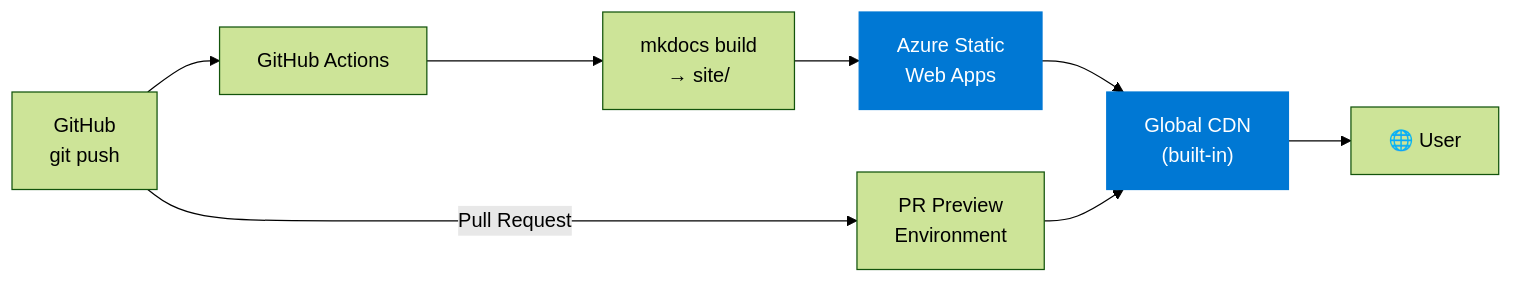
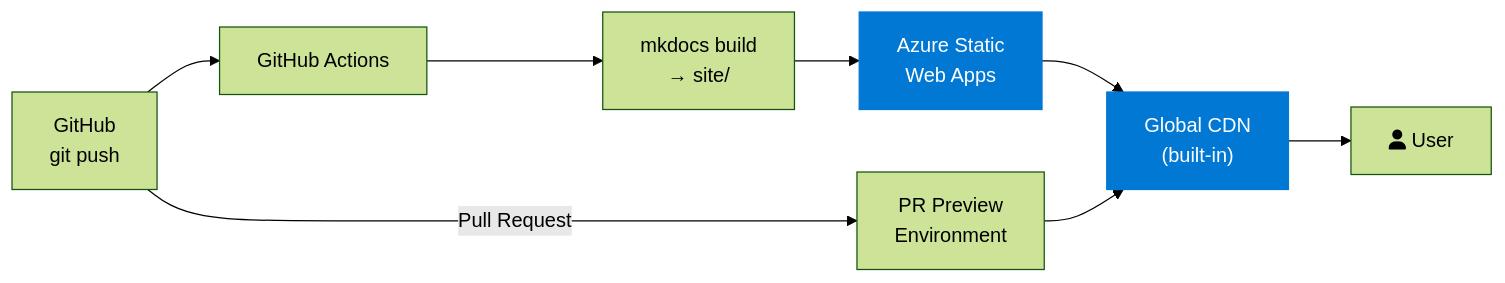
The diagram in docs/deployment/azure.md (12shubham/mkdocs-demo), drawn with Mermaid (forest theme) before and after one commit. The commit also changed 8 other files, not shown here.

Commit message:
refactor: replace all emoji with fa: icons in Mermaid diagrams

````diff
--- a/docs/deployment/azure.md
+++ b/docs/deployment/azure.md
@@ -16,13 +16,13 @@
 ```mermaid
 graph LR
     GH["GitHub\ngit push"] --> GA["GitHub Actions"]
     GA --> BUILD["mkdocs build\n→ site/"]
     BUILD --> SWA["Azure Static\nWeb Apps"]
     SWA --> CDN["Global CDN\n(built-in)"]
-    CDN --> USER["🌐 User"]
+    CDN --> USER["fa:fa-user User"]
     GH -->|"Pull Request"| PREV["PR Preview\nEnvironment"]
     PREV --> CDN
 
     style SWA fill:#0078D4,stroke:#0078D4,color:#fff
     style CDN fill:#0078D4,stroke:#0078D4,color:#fff
 ```
````
